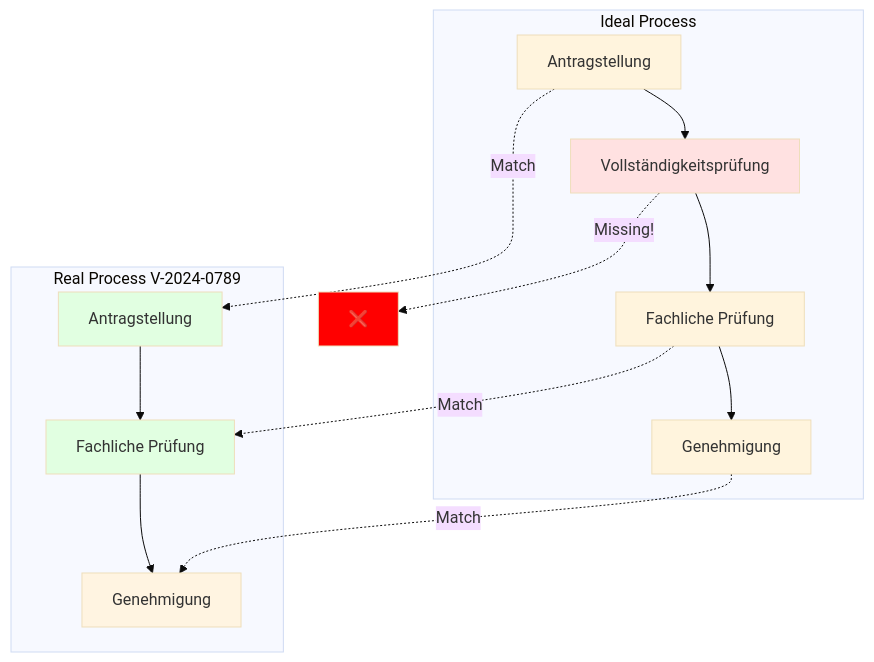
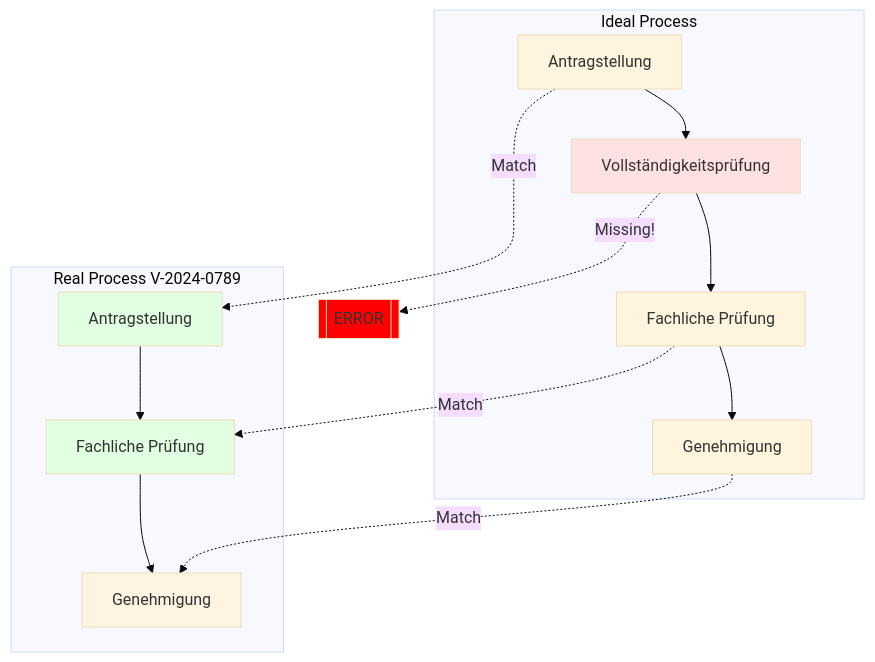
One commit to makr-code/ThemisDB changed the fourth of 4 diagrams in compendium/chapter_29_analytics_process_mining.md. Above: the diagram before and after it, drawn with Mermaid (base theme). The commit also changed 19 other files, not shown here.

First line of the commit message:
Refactor Mermaid syntax and improve documentation consistency across chapters

````diff
--- a/compendium/chapter_29_analytics_process_mining.md
+++ b/compendium/chapter_29_analytics_process_mining.md
@@ -422,24 +422,24 @@
 ```mermaid
 flowchart TB
     subgraph Ideal Process
     I1[Antragstellung] --> I2[Vollständigkeitsprüfung]
     I2 --> I3[Fachliche Prüfung]
     I3 --> I4[Genehmigung]
     end
     
     subgraph Real Process V-2024-0789
     R1[Antragstellung] --> R3[Fachliche Prüfung]
     R3 --> R4[Genehmigung]
     end
     
     I1 -.Match.-> R1
-    I2 -.Missing!.-> X[❌]
+    I2 -.Missing!.-> X[[ERROR]]
     I3 -.Match.-> R3
     I4 -.Match.-> R4
     
     style I2 fill:#ffe1e1
     style X fill:#ff0000
     style R1 fill:#e1ffe1
     style R3 fill:#e1ffe1
     style R4 fill:#fff4e1
 ```
````
